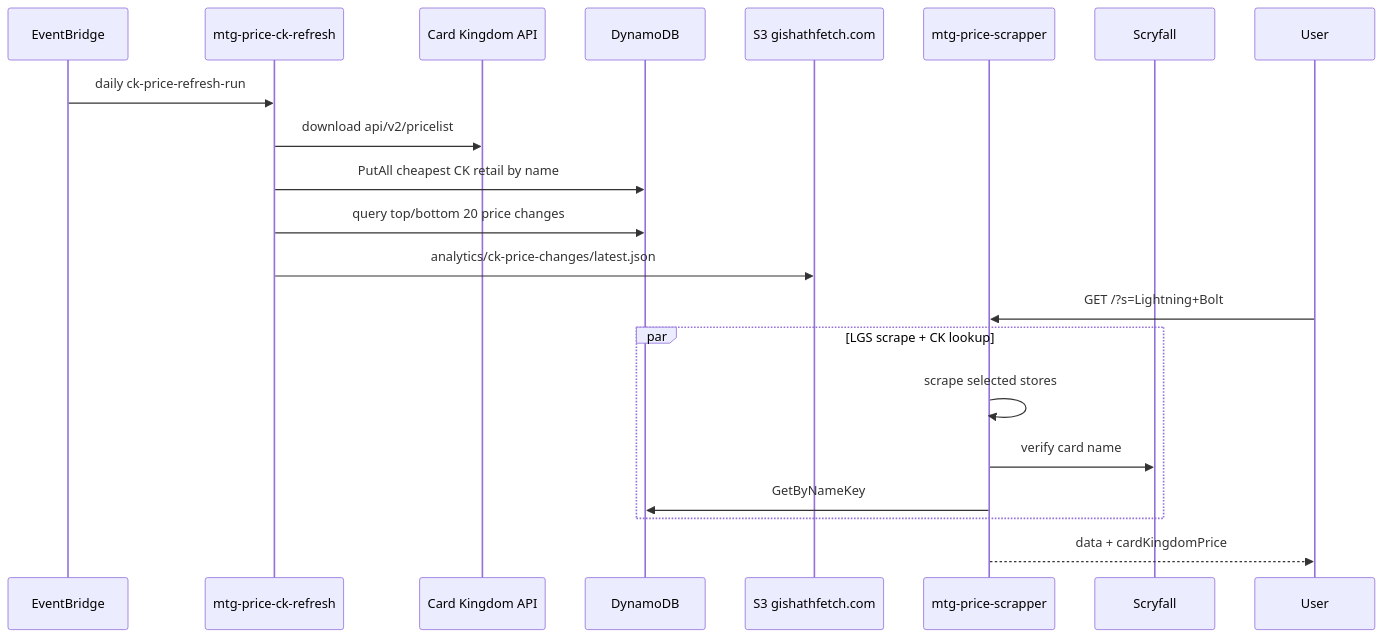
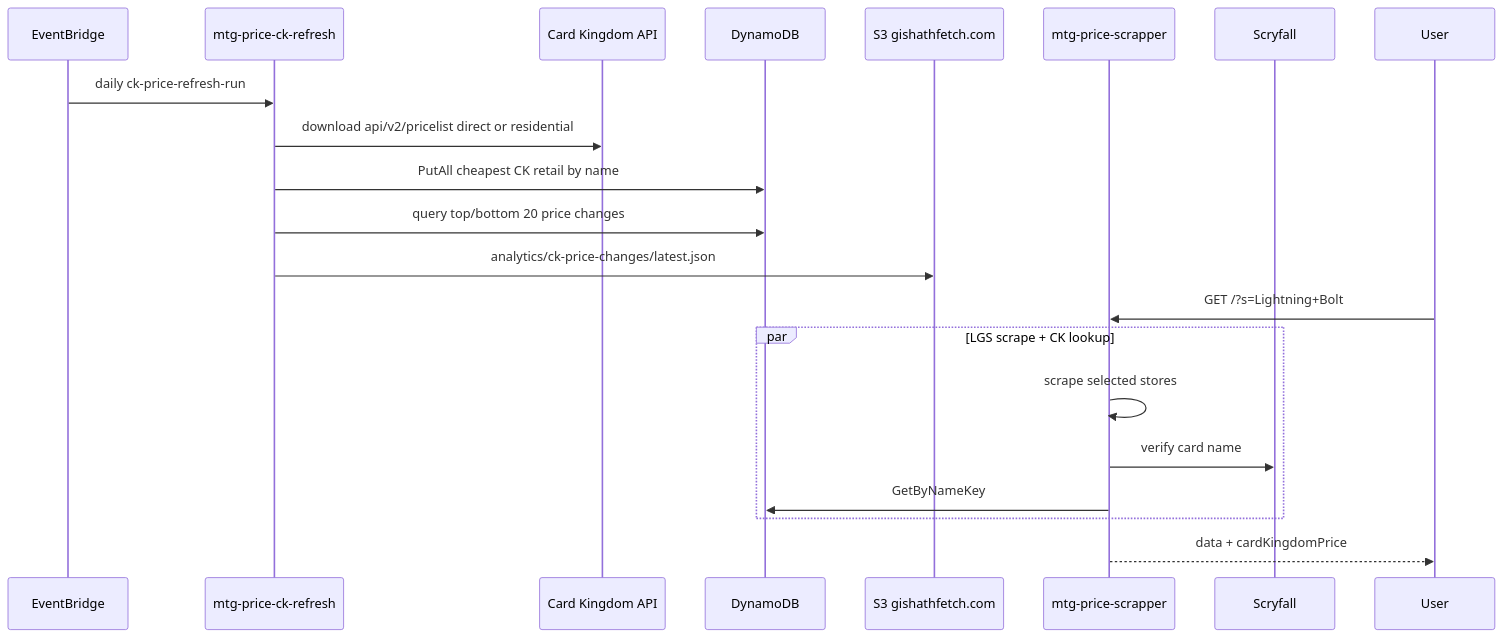
One commit to xenodus/gishathfetch changed the third of 4 diagrams in README.md. Above: the diagram before and after it, drawn with Mermaid. The commit also changed other lines of this file, not shown here.

First line of the commit message:
docs: refresh README architecture diagrams and search flow prose (#336)

````diff
--- a/README.md
+++ b/README.md
@@ -152,24 +163,24 @@
 ```mermaid
 sequenceDiagram
     participant EB as EventBridge
     participant R as mtg-price-ck-refresh
     participant CK as Card Kingdom API
     participant D as DynamoDB
     participant S3 as S3 gishathfetch.com
     participant S as mtg-price-scrapper
     participant SF as Scryfall
     participant U as User
 
     EB->>R: daily ck-price-refresh-run
-    R->>CK: download api/v2/pricelist
+    R->>CK: download api/v2/pricelist direct or residential
     R->>D: PutAll cheapest CK retail by name
     R->>D: query top/bottom 20 price changes
     R->>S3: analytics/ck-price-changes/latest.json
     U->>S: GET /?s=Lightning+Bolt
     par LGS scrape + CK lookup
         S->>S: scrape selected stores
         S->>SF: verify card name
         S->>D: GetByNameKey
     end
     S-->>U: data + cardKingdomPrice
 ```
````
